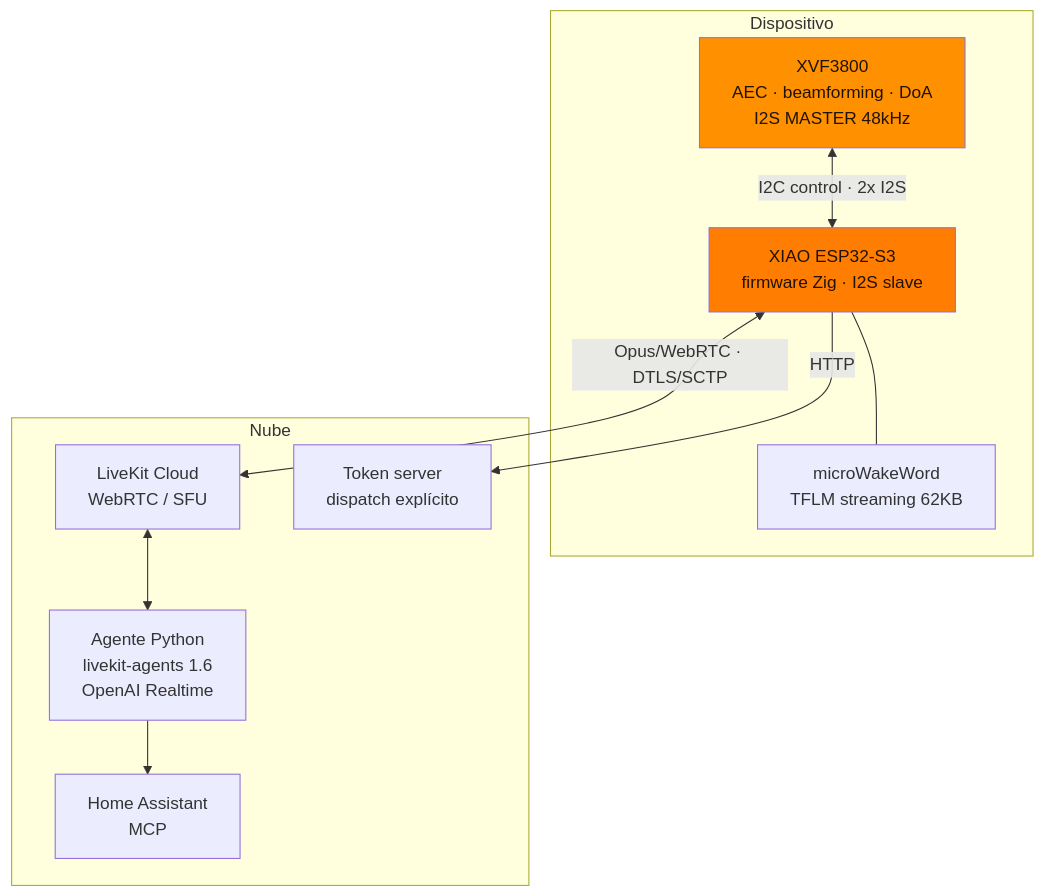
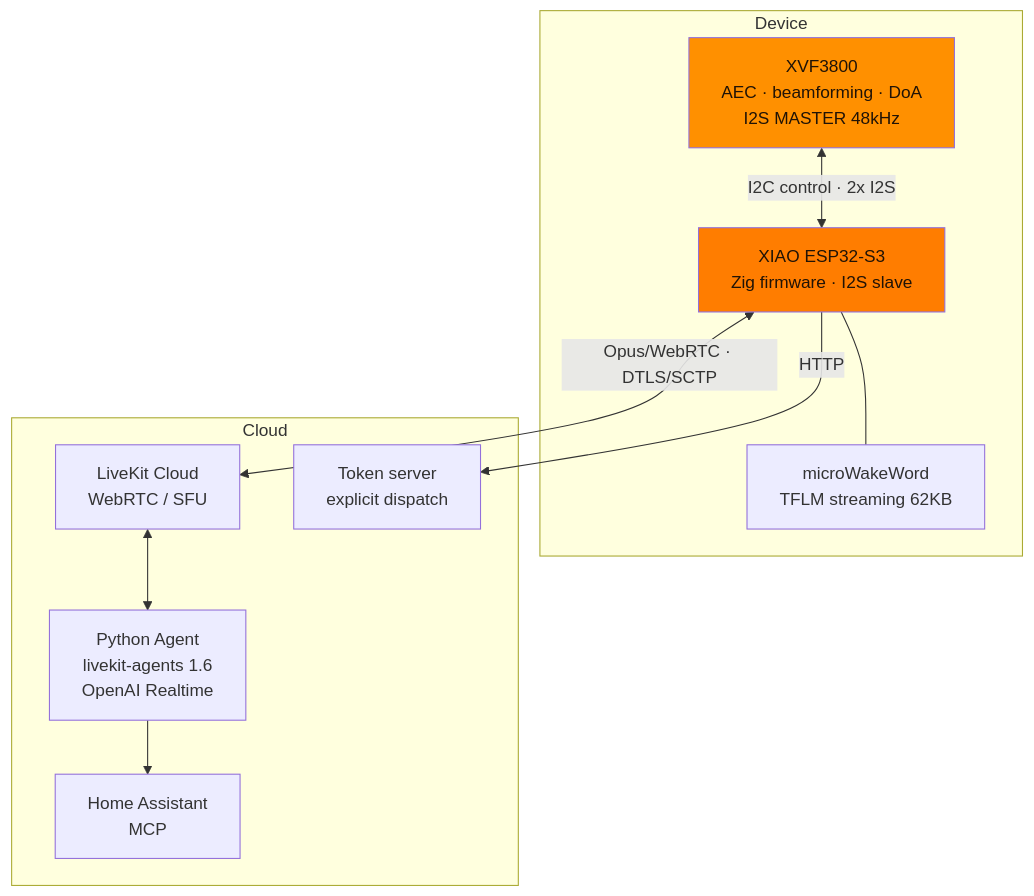
Before and after one commit to Zetesis-Labs/Sebastian: the first of 3 diagrams in blog-2-arquitectura-esp32-zig-livekit.md, drawn with Mermaid. The commit also changed other lines of this file and 31 other files, not shown here.

````diff
--- a/blog-2-arquitectura-esp32-zig-livekit.md
+++ b/blog-2-arquitectura-esp32-zig-livekit.md
@@ -14,22 +9,22 @@
 ```mermaid
 flowchart TB
-    subgraph device["Dispositivo"]
+    subgraph device["Device"]
         XVF[XVF3800<br/>AEC · beamforming · DoA<br/>I2S MASTER 48kHz] 
-        S3[XIAO ESP32-S3<br/>firmware Zig · I2S slave]
+        S3[XIAO ESP32-S3<br/>Zig firmware · I2S slave]
         MODEL[microWakeWord<br/>TFLM streaming 62KB]
         XVF <-->|I2C control · 2x I2S| S3
         S3 --- MODEL
     end
-    subgraph cloud["Nube"]
+    subgraph cloud["Cloud"]
         LK[LiveKit Cloud<br/>WebRTC / SFU]
-        AG[Agente Python<br/>livekit-agents 1.6<br/>OpenAI Realtime]
-        TS[Token server<br/>dispatch explícito]
+        AG[Python Agent<br/>livekit-agents 1.6<br/>OpenAI Realtime]
+        TS[Token server<br/>explicit dispatch]
         HA[Home Assistant<br/>MCP]
     end
     S3 <-->|Opus/WebRTC · DTLS/SCTP| LK
     LK <--> AG
     S3 -->|HTTP| TS
     AG --> HA
     style XVF fill:#ff9000,color:#201306
     style S3 fill:#ff7d00,color:#201306
 ```
````
